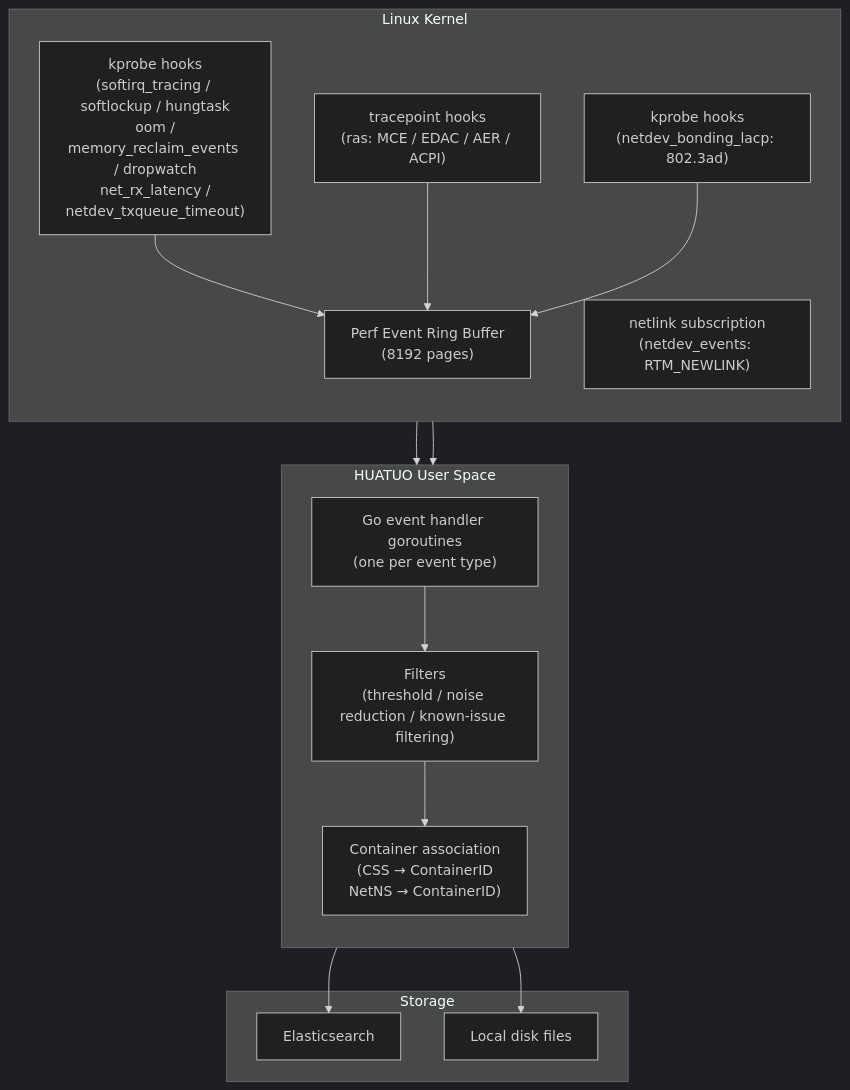
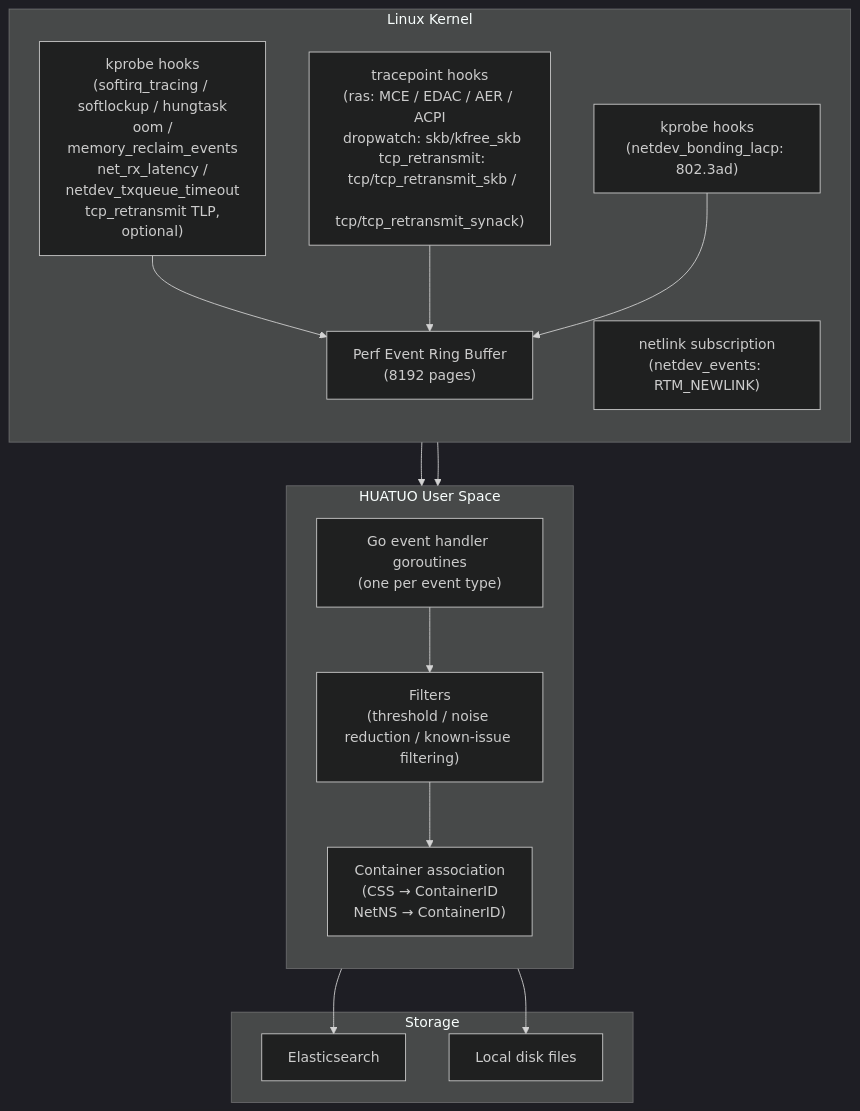
One commit to ccfos/huatuo changed the first of 2 diagrams in docs/key-feature/instant-observability_en.md. Above: the diagram before and after it, drawn with Mermaid (dark theme). The commit also changed other lines of this file and 8 other files, not shown here.

First line of the commit message:
feat(docs): document TCP retransmit tracing

````diff
--- a/docs/key-feature/instant-observability_en.md
+++ b/docs/key-feature/instant-observability_en.md
@@ -499,33 +514,33 @@
 ```mermaid
 graph TB
     subgraph "Linux Kernel"
         direction TB
-        K1["kprobe hooks\n(softirq_tracing / softlockup / hungtask\n oom / memory_reclaim_events / dropwatch\n net_rx_latency / netdev_txqueue_timeout)"]
-        K2["tracepoint hooks\n(ras: MCE / EDAC / AER / ACPI)"]
+        K1["kprobe hooks\n(softirq_tracing / softlockup / hungtask\n oom / memory_reclaim_events\n net_rx_latency / netdev_txqueue_timeout\n tcp_retransmit TLP, optional)"]
+        K2["tracepoint hooks\n(ras: MCE / EDAC / AER / ACPI\n dropwatch: skb/kfree_skb\n tcp_retransmit:\n tcp/tcp_retransmit_skb /\n tcp/tcp_retransmit_synack)"]
         K3["netlink subscription\n(netdev_events: RTM_NEWLINK)"]
         K4["kprobe hooks\n(netdev_bonding_lacp: 802.3ad)"]
         PEB["Perf Event Ring Buffer\n(8192 pages)"]
     end
 
     subgraph "HUATUO User Space"
         direction TB
         EH["Go event handler goroutines\n(one per event type)"]
         CF["Filters\n(threshold / noise reduction / known-issue filtering)"]
         CM["Container association\n(CSS → ContainerID\n NetNS → ContainerID)"]
     end
 
     subgraph "Storage"
         ES["Elasticsearch"]
         DISK["Local disk files"]
     end
 
     K1 --> PEB
     K2 --> PEB
     K4 --> PEB
     PEB --> EH
     K3 --> EH
     EH --> CF
     CF --> CM
     CM --> ES
     CM --> DISK
 ```
````
